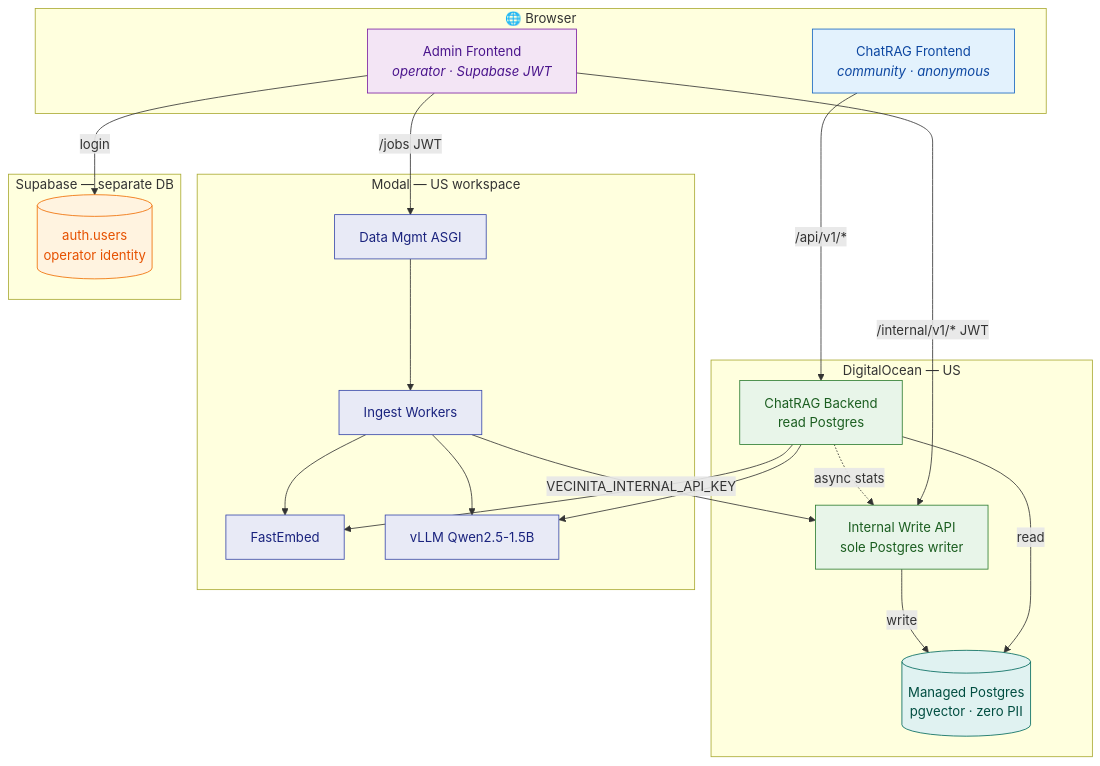
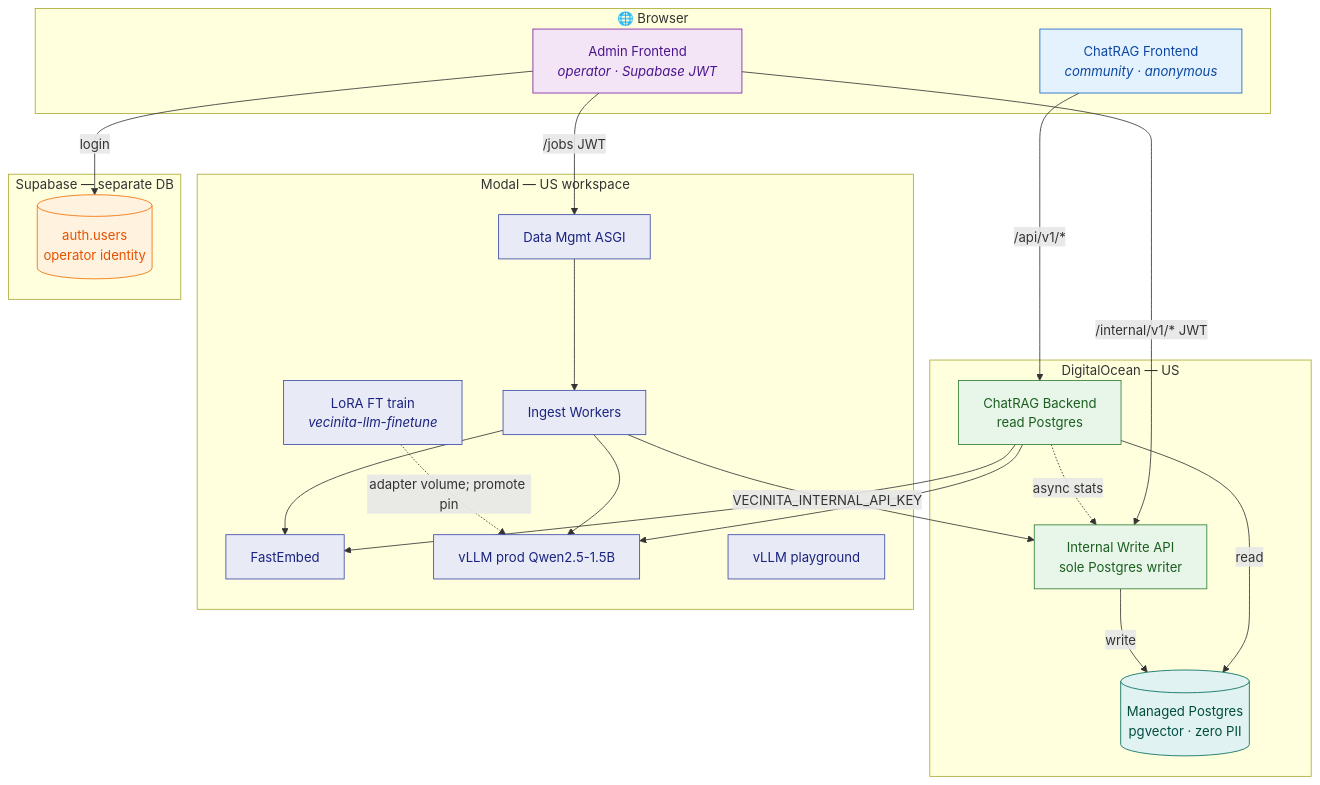
One commit to Math-Data-Justice-Collaborative/vecinita changed the diagram in docs/architecture.md. Above: the diagram before and after it, drawn with Mermaid. The commit also changed other lines of this file and 28 other files, not shown here.

````diff
--- a/docs/architecture.md
+++ b/docs/architecture.md
@@ -74,54 +74,57 @@
 ```mermaid
 flowchart TB
     subgraph Browser["🌐 Browser"]
         CF["ChatRAG Frontend<br/><i>community · anonymous</i>"]
         AF["Admin Frontend<br/><i>operator · Supabase JWT</i>"]
     end
 
     subgraph DO["DigitalOcean — US"]
         CB["ChatRAG Backend<br/>read Postgres"]
         IW["Internal Write API<br/>sole Postgres writer"]
         PG[("Managed Postgres<br/>pgvector · zero PII")]
     end
 
     subgraph Modal["Modal — US workspace"]
         DM["Data Mgmt ASGI"]
         WQ["Ingest Workers"]
         FE["FastEmbed"]
-        LLM["vLLM Qwen2.5-1.5B"]
+        LLM["vLLM prod Qwen2.5-1.5B"]
+        PGLLM["vLLM playground"]
+        FT["LoRA FT train<br/><i>vecinita-llm-finetune</i>"]
     end
 
     subgraph SB["Supabase — separate DB"]
         AUTH[("auth.users<br/>operator identity")]
     end
 
     CF -->|"/api/v1/*"| CB
     AF -->|"/internal/v1/* JWT"| IW
     AF -->|"/jobs JWT"| DM
     AF -->|login| AUTH
 
     CB -->|read| PG
     CB --> FE
     CB --> LLM
     CB -.->|async stats| IW
 
     DM --> WQ
     WQ --> FE
     WQ --> LLM
     WQ -->|VECINITA_INTERNAL_API_KEY| IW
+    FT -.->|adapter volume; promote pin| LLM
     IW -->|write| PG
 
     classDef community fill:#e3f2fd,stroke:#1565c0,color:#0d47a1
     classDef operator fill:#f3e5f5,stroke:#7b1fa2,color:#4a148c
     classDef do fill:#e8f5e9,stroke:#2e7d32,color:#1b5e20
     classDef modal fill:#e8eaf6,stroke:#3949ab,color:#1a237e
     classDef supabase fill:#fff3e0,stroke:#ef6c00,color:#e65100
     classDef datastore fill:#e0f2f1,stroke:#00695c,color:#004d40
 
     class CF community
     class AF operator
     class CB,IW do
-    class DM,WQ,FE,LLM modal
+    class DM,WQ,FE,LLM,PGLLM,FT modal
     class AUTH supabase
     class PG datastore
 ```
````
